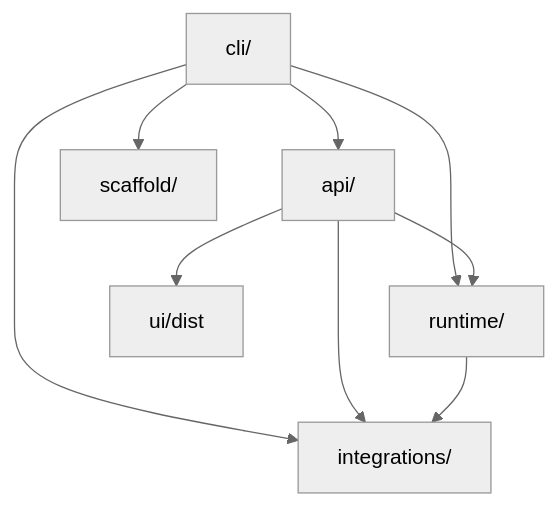
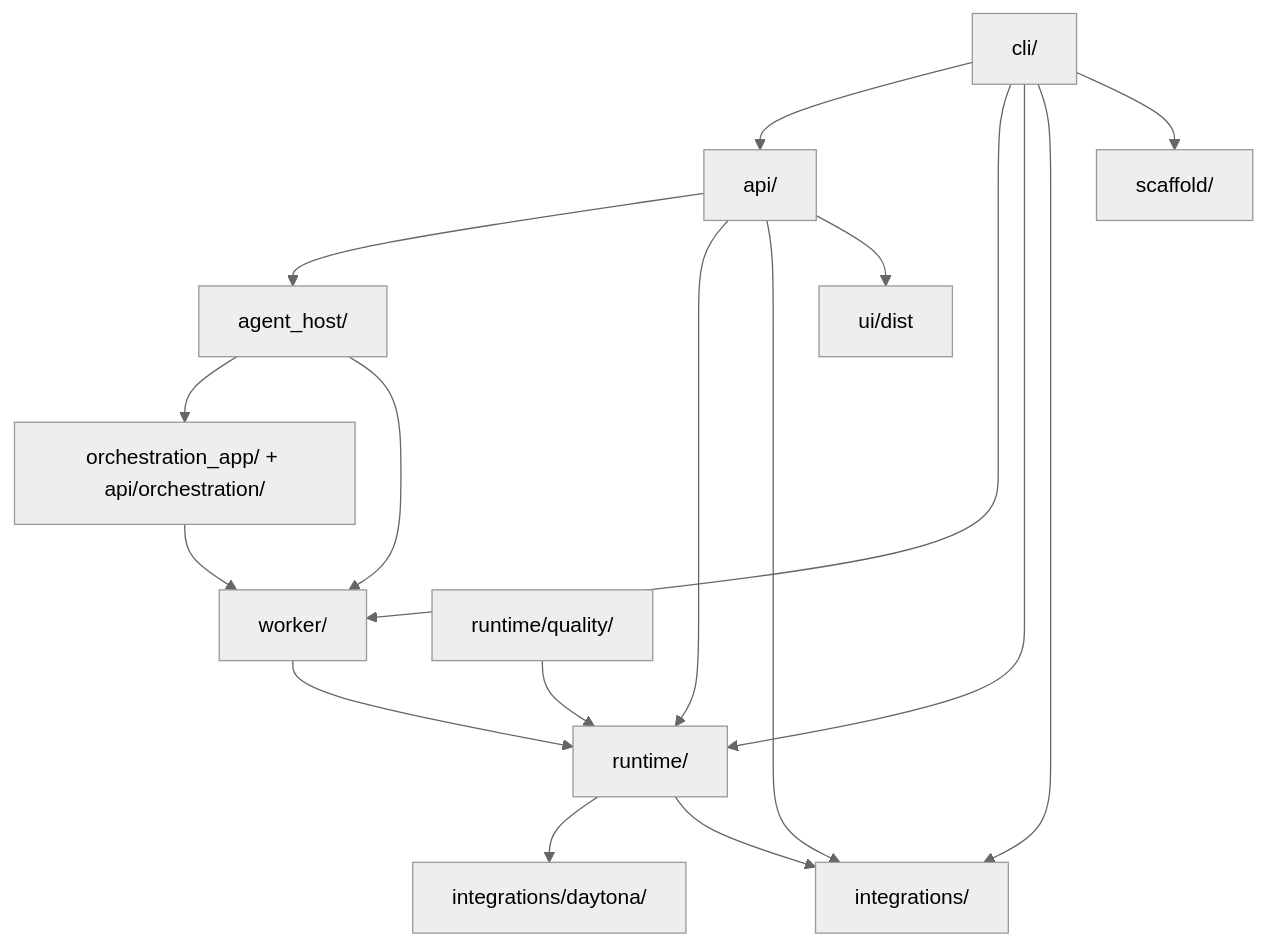
One commit to Qredence/fleet-rlm changed the first of 3 diagrams in docs/reference/module-map.md. Above: the diagram before and after it, drawn with Mermaid (neutral theme). The commit also changed other lines of this file and 9 other files, not shown here.

First line of the commit message:
Refresh architecture docs and maps

````diff
--- a/docs/reference/module-map.md
+++ b/docs/reference/module-map.md
@@ -9,20 +7,33 @@
 ```mermaid
 graph TB
     CLI["cli/"]
     API["api/"]
+    HOST["agent_host/"]
+    BRIDGE["orchestration_app/ + api/orchestration/"]
+    WORKER["worker/"]
     RUNTIME["runtime/"]
+    DAYTONA["integrations/daytona/"]
     INTEGRATIONS["integrations/"]
+    QUALITY["runtime/quality/"]
     SCAFFOLD["scaffold/"]
     UI["ui/dist"]
 
     CLI --> API
+    CLI --> WORKER
     CLI --> RUNTIME
     CLI --> INTEGRATIONS
     CLI --> SCAFFOLD
 
+    API --> HOST
     API --> RUNTIME
     API --> INTEGRATIONS
     API --> UI
 
+    HOST --> BRIDGE
+    HOST --> WORKER
+    BRIDGE --> WORKER
+    WORKER --> RUNTIME
+    RUNTIME --> DAYTONA
     RUNTIME --> INTEGRATIONS
+    QUALITY --> RUNTIME
 ```
````
